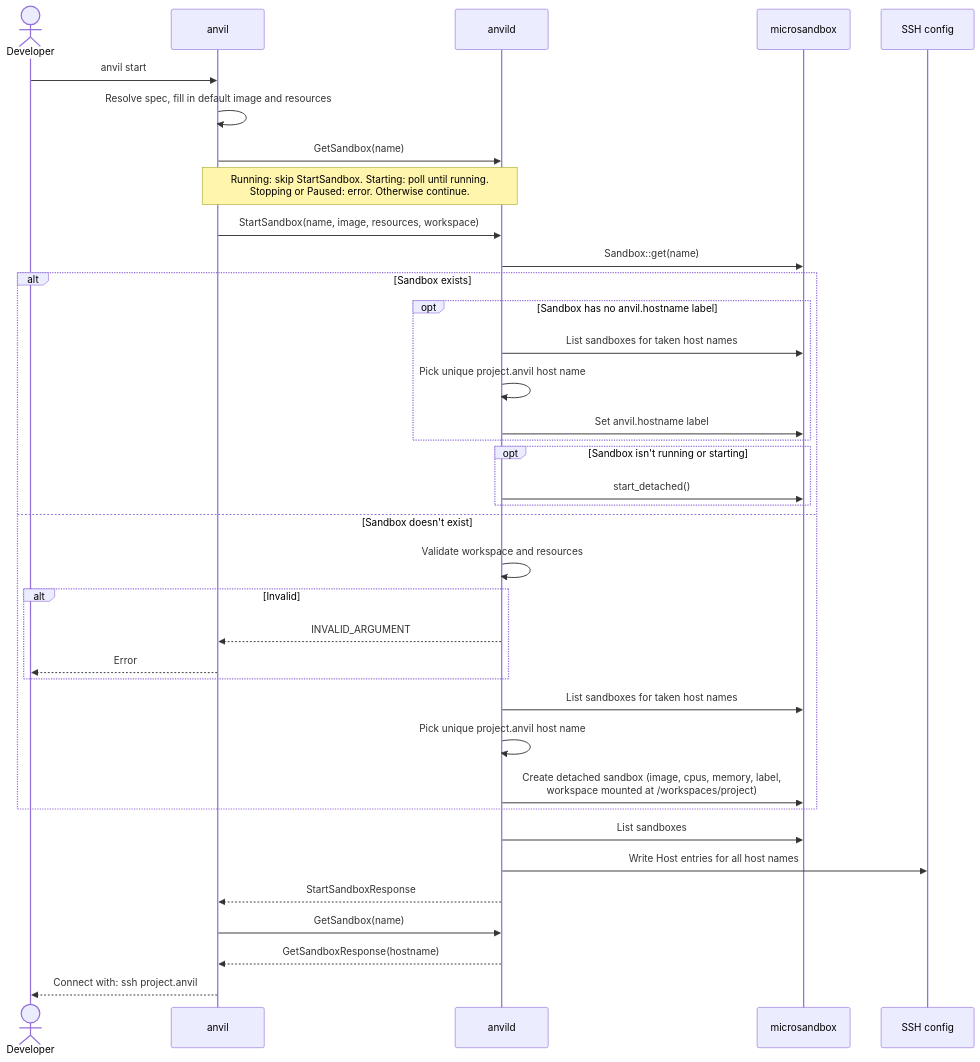
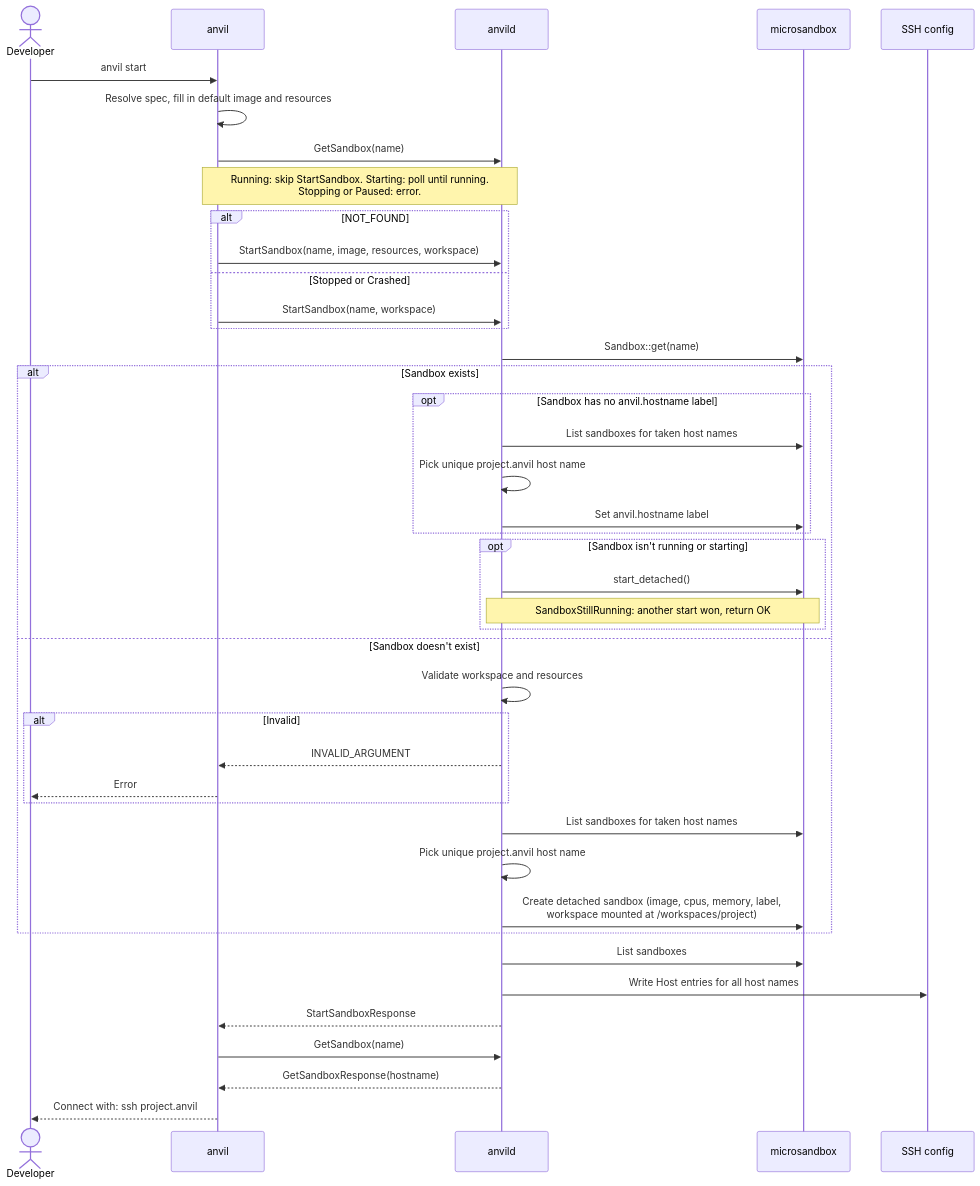
The third of 5 diagrams in docs/architecture/06-runtime-view.md (wmeints/anvil), drawn with Mermaid before and after one commit. The commit also changed other lines of this file and 2 other files, not shown here.

Commit message:
fix(start): treat a start that loses a race as a success
Two StartSandbox requests for the same stopped sandbox both read
Stopped and both called start_detached(); the loser got
SandboxStillRunning, which was reported as "failed to start sandbox".
Treat that error as success, as microsandbox's connect_or_start does,
and log other start failures instead of dropping them.

Also correct the start diagram: the CLI only sends image and resources
when it creates the sandbox.

````diff
--- a/docs/architecture/06-runtime-view.md
+++ b/docs/architecture/06-runtime-view.md
@@ -131,42 +132,47 @@
 ```mermaid
 sequenceDiagram
     actor Dev as Developer
     participant CLI as anvil
     participant D as anvild
     participant MS as microsandbox
     participant SSH as SSH config
 
     Dev->>CLI: anvil start
     CLI->>CLI: Resolve spec, fill in default image and resources
     CLI->>D: GetSandbox(name)
-    Note over CLI,D: Running: skip StartSandbox. Starting: poll until running.<br/>Stopping or Paused: error. Otherwise continue.
-    CLI->>D: StartSandbox(name, image, resources, workspace)
+    Note over CLI,D: Running: skip StartSandbox. Starting: poll until running.<br/>Stopping or Paused: error.
+    alt NOT_FOUND
+        CLI->>D: StartSandbox(name, image, resources, workspace)
+    else Stopped or Crashed
+        CLI->>D: StartSandbox(name, workspace)
+    end
     D->>MS: Sandbox::get(name)
 
     alt Sandbox exists
         opt Sandbox has no anvil.hostname label
             D->>MS: List sandboxes for taken host names
             D->>D: Pick unique project.anvil host name
             D->>MS: Set anvil.hostname label
         end
         opt Sandbox isn't running or starting
             D->>MS: start_detached()
+            Note over D,MS: SandboxStillRunning: another start won, return OK
         end
     else Sandbox doesn't exist
         D->>D: Validate workspace and resources
         alt Invalid
             D-->>CLI: INVALID_ARGUMENT
             CLI-->>Dev: Error
         end
         D->>MS: List sandboxes for taken host names
         D->>D: Pick unique project.anvil host name
         D->>MS: Create detached sandbox (image, cpus, memory, label,<br/>workspace mounted at /workspaces/project)
     end
 
     D->>MS: List sandboxes
     D->>SSH: Write Host entries for all host names
     D-->>CLI: StartSandboxResponse
     CLI->>D: GetSandbox(name)
     D-->>CLI: GetSandboxResponse(hostname)
     CLI-->>Dev: Connect with: ssh project.anvil
 ```
````
